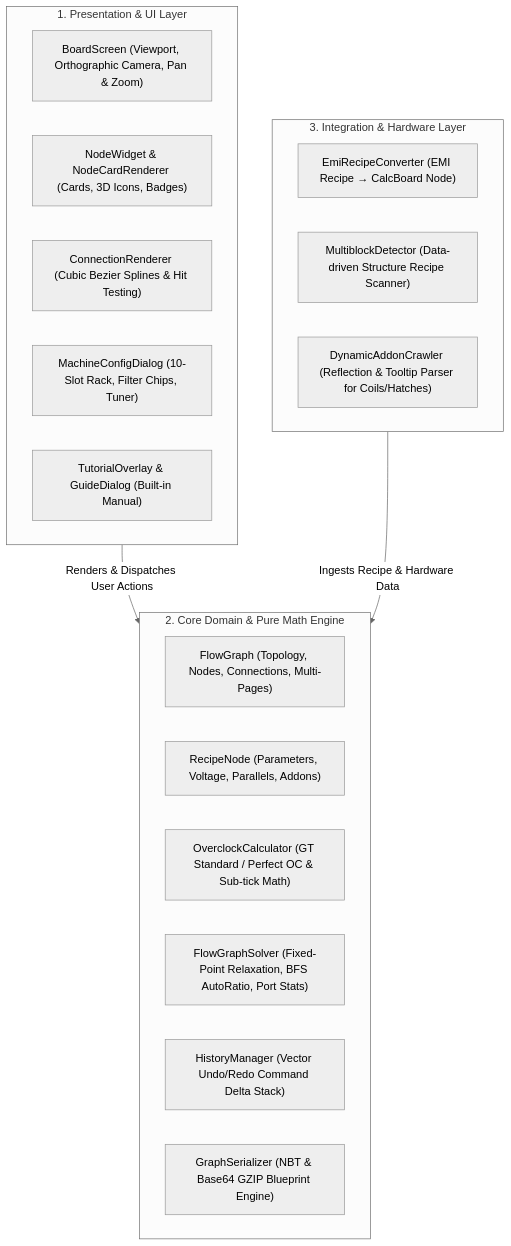
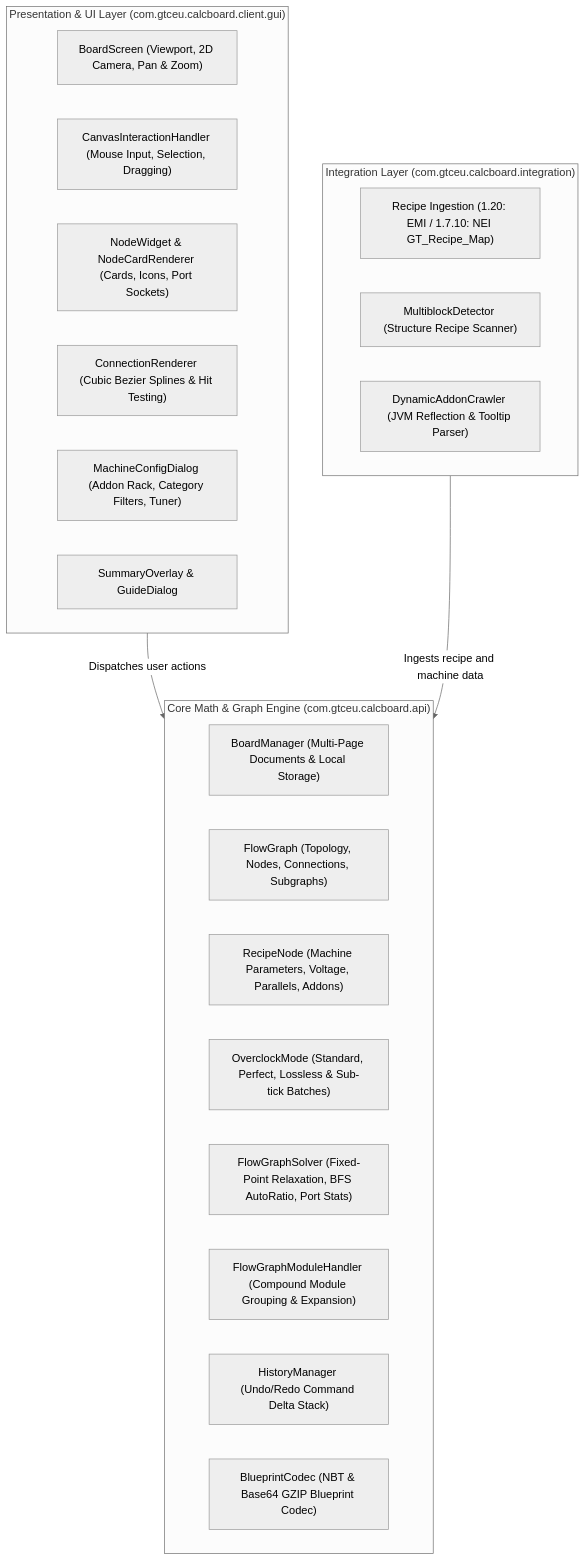
Before and after one commit to Amvermain/GregTechCalculatorBoard: the first of 4 diagrams in docs/ARCHITECTURE.md, drawn with Mermaid (neutral theme). The commit also changed other lines of this file and 11 other files, not shown here.

````diff
--- a/docs/ARCHITECTURE.md
+++ b/docs/ARCHITECTURE.md
@@ -41,28 +11,31 @@
 ```mermaid
 graph TD
-    subgraph UI["1. Presentation & UI Layer"]
-        BS["BoardScreen (Viewport, Orthographic Camera, Pan & Zoom)"]
-        Widgets["NodeWidget & NodeCardRenderer (Cards, 3D Icons, Badges)"]
+    subgraph UI["Presentation & UI Layer (com.gtceu.calcboard.client.gui)"]
+        BS["BoardScreen (Viewport, 2D Camera, Pan & Zoom)"]
+        CIH["CanvasInteractionHandler (Mouse Input, Selection, Dragging)"]
+        Widgets["NodeWidget & NodeCardRenderer (Cards, Icons, Port Sockets)"]
         CR["ConnectionRenderer (Cubic Bezier Splines & Hit Testing)"]
-        Dialogs["MachineConfigDialog (10-Slot Rack, Filter Chips, Tuner)"]
-        Guide["TutorialOverlay & GuideDialog (Built-in Manual)"]
+        Dialogs["MachineConfigDialog (Addon Rack, Category Filters, Tuner)"]
+        Overlays["SummaryOverlay & GuideDialog"]
     end
 
-    subgraph Core["2. Core Domain & Pure Math Engine"]
-        FG["FlowGraph (Topology, Nodes, Connections, Multi-Pages)"]
-        RN["RecipeNode (Parameters, Voltage, Parallels, Addons)"]
-        OC["OverclockCalculator (GT Standard / Perfect OC & Sub-tick Math)"]
+    subgraph Core["Core Math & Graph Engine (com.gtceu.calcboard.api)"]
+        BM["BoardManager (Multi-Page Documents & Local Storage)"]
+        FG["FlowGraph (Topology, Nodes, Connections, Subgraphs)"]
+        RN["RecipeNode (Machine Parameters, Voltage, Parallels, Addons)"]
+        OC["OverclockMode (Standard, Perfect, Lossless & Sub-tick Batches)"]
         FGS["FlowGraphSolver (Fixed-Point Relaxation, BFS AutoRatio, Port Stats)"]
-        HM["HistoryManager (Vector Undo/Redo Command Delta Stack)"]
-        GS["GraphSerializer (NBT & Base64 GZIP Blueprint Engine)"]
+        FGMH["FlowGraphModuleHandler (Compound Module Grouping & Expansion)"]
+        HM["HistoryManager (Undo/Redo Command Delta Stack)"]
+        BC["BlueprintCodec (NBT & Base64 GZIP Blueprint Codec)"]
     end
 
-    subgraph Integration["3. Integration & Hardware Layer"]
-        ERC["EmiRecipeConverter (EMI Recipe → CalcBoard Node)"]
-        MD["MultiblockDetector (Data-driven Structure Recipe Scanner)"]
-        DAC["DynamicAddonCrawler (Reflection & Tooltip Parser for Coils/Hatches)"]
+    subgraph Integration["Integration Layer (com.gtceu.calcboard.integration)"]
+        ERC["Recipe Ingestion (1.20: EMI / 1.7.10: NEI GT_Recipe_Map)"]
+        MD["MultiblockDetector (Structure Recipe Scanner)"]
+        DAC["DynamicAddonCrawler (JVM Reflection & Tooltip Parser)"]
     end
 
-    UI -->|Renders & Dispatches User Actions| Core
-    Integration -->|Ingests Recipe & Hardware Data| Core
+    UI -->|Dispatches user actions| Core
+    Integration -->|Ingests recipe and machine data| Core
 ```
````
